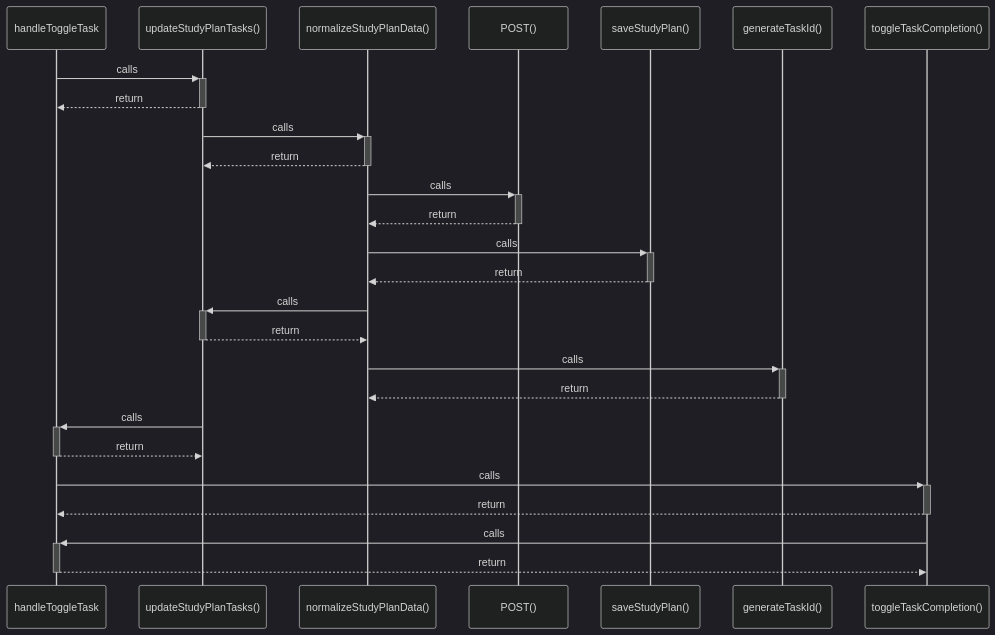
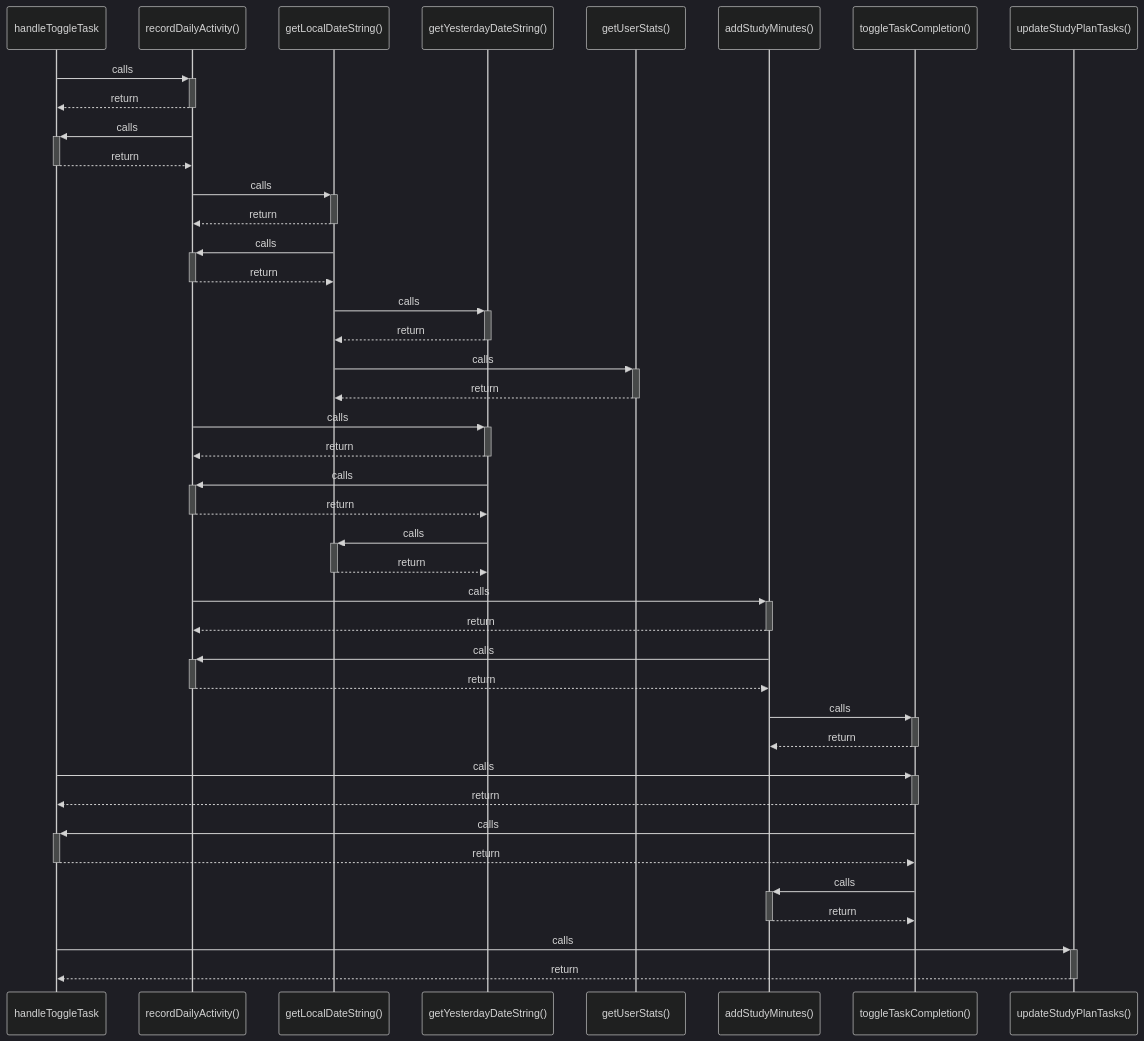
Before and after one commit to Exselsa/studysync-ai: the diagram in src/graphify-out/wiki/handleToggleTask.md, drawn with Mermaid (dark theme). The commit also changed other lines of this file and 33 other files, not shown here.

````diff
--- a/src/graphify-out/wiki/handleToggleTask.md
+++ b/src/graphify-out/wiki/handleToggleTask.md
@@ -7,28 +7,43 @@
 ```mermaid
 sequenceDiagram
     participant P0 as handleToggleTask
-    participant P1 as updateStudyPlanTasks()
-    participant P2 as normalizeStudyPlanData()
-    participant P3 as POST()
-    participant P4 as saveStudyPlan()
-    participant P5 as generateTaskId()
+    participant P1 as recordDailyActivity()
+    participant P2 as getLocalDateString()
+    participant P3 as getYesterdayDateString()
+    participant P4 as getUserStats()
+    participant P5 as addStudyMinutes()
     participant P6 as toggleTaskCompletion()
+    participant P7 as updateStudyPlanTasks()
     P0->>+ P1: calls
     P1-->>- P0: return
+    P1->>+ P0: calls
+    P0-->>- P1: return
     P1->>+ P2: calls
     P2-->>- P1: return
+    P2->>+ P1: calls
+    P1-->>- P2: return
     P2->>+ P3: calls
     P3-->>- P2: return
     P2->>+ P4: calls
     P4-->>- P2: return
-    P2->>+ P1: calls
-    P1-->>- P2: return
-    P2->>+ P5: calls
-    P5-->>- P2: return
-    P1->>+ P0: calls
-    P0-->>- P1: return
+    P1->>+ P3: calls
+    P3-->>- P1: return
+    P3->>+ P1: calls
+    P1-->>- P3: return
+    P3->>+ P2: calls
+    P2-->>- P3: return
+    P1->>+ P5: calls
+    P5-->>- P1: return
+    P5->>+ P1: calls
+    P1-->>- P5: return
+    P5->>+ P6: calls
+    P6-->>- P5: return
     P0->>+ P6: calls
     P6-->>- P0: return
     P6->>+ P0: calls
     P0-->>- P6: return
+    P6->>+ P5: calls
+    P5-->>- P6: return
+    P0->>+ P7: calls
+    P7-->>- P0: return
 ```
````
